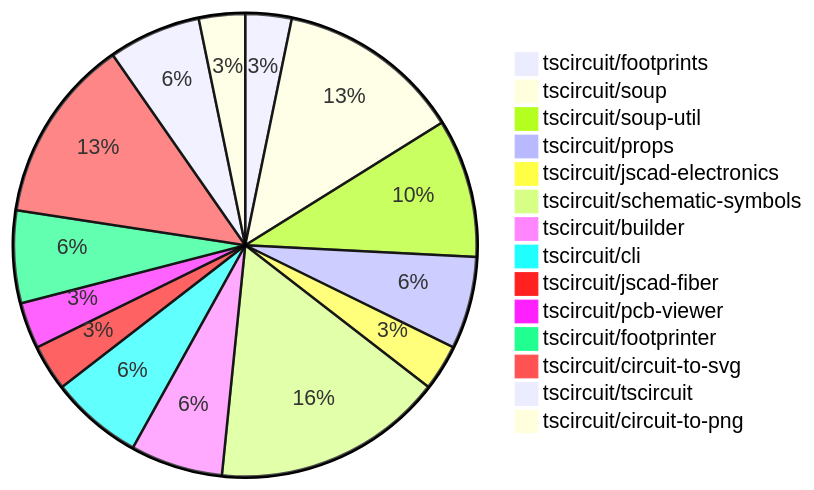
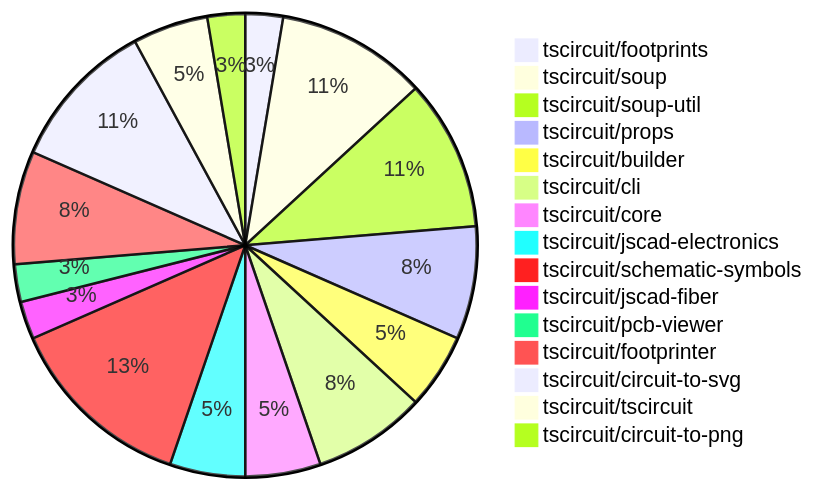
The diagram in README.md (tscircuit/contribution-tracker), drawn with Mermaid before and after one commit. The commit also changed other lines of this file and 1 other file, not shown here.

````diff
--- a/README.md
+++ b/README.md
@@ -24,17 +24,18 @@
 ```mermaid
 pie
     "tscircuit/footprints" : 1
     "tscircuit/soup" : 4
-    "tscircuit/soup-util" : 3
-    "tscircuit/props" : 2
-    "tscircuit/jscad-electronics" : 1
+    "tscircuit/soup-util" : 4
+    "tscircuit/props" : 3
+    "tscircuit/builder" : 2
+    "tscircuit/cli" : 3
+    "tscircuit/core" : 2
+    "tscircuit/jscad-electronics" : 2
     "tscircuit/schematic-symbols" : 5
-    "tscircuit/builder" : 2
-    "tscircuit/cli" : 2
     "tscircuit/jscad-fiber" : 1
     "tscircuit/pcb-viewer" : 1
-    "tscircuit/footprinter" : 2
+    "tscircuit/footprinter" : 3
     "tscircuit/circuit-to-svg" : 4
     "tscircuit/tscircuit" : 2
     "tscircuit/circuit-to-png" : 1
 ```
````
